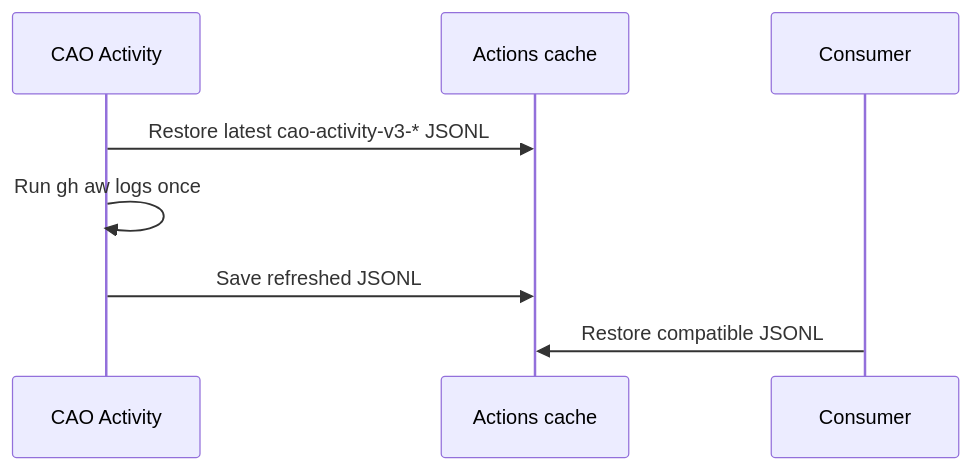
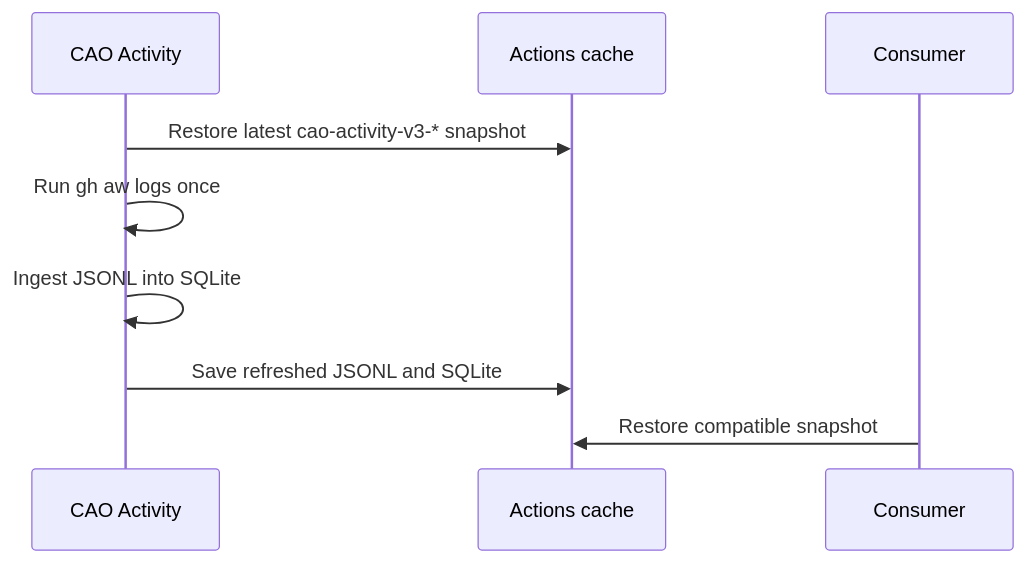
Before and after one commit to githubnext/gh-aw-cao: the diagram in docs/activity.md, drawn with Mermaid. The commit also changed other lines of this file and 14 other files, not shown here.

Commit message:
Cache Activity logs in SQLite for agents

````diff
--- a/docs/activity.md
+++ b/docs/activity.md
@@ -15,11 +15,12 @@
 ```mermaid
 sequenceDiagram
   participant Activity as CAO Activity
   participant Cache as Actions cache
   participant Consumer as Consumer
 
-  Activity->>Cache: Restore latest cao-activity-v3-* JSONL
+  Activity->>Cache: Restore latest cao-activity-v3-* snapshot
   Activity->>Activity: Run gh aw logs once
-  Activity->>Cache: Save refreshed JSONL
-  Consumer->>Cache: Restore compatible JSONL
+  Activity->>Activity: Ingest JSONL into SQLite
+  Activity->>Cache: Save refreshed JSONL and SQLite
+  Consumer->>Cache: Restore compatible snapshot
 ```
````
